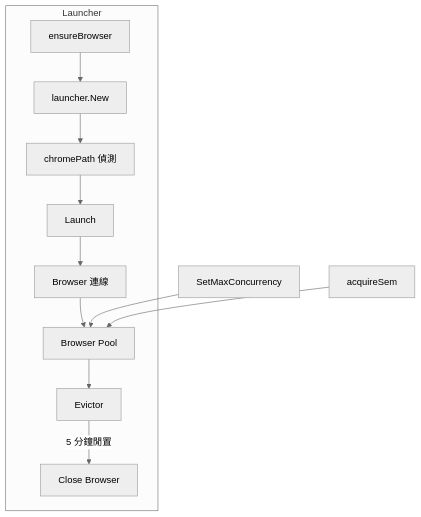
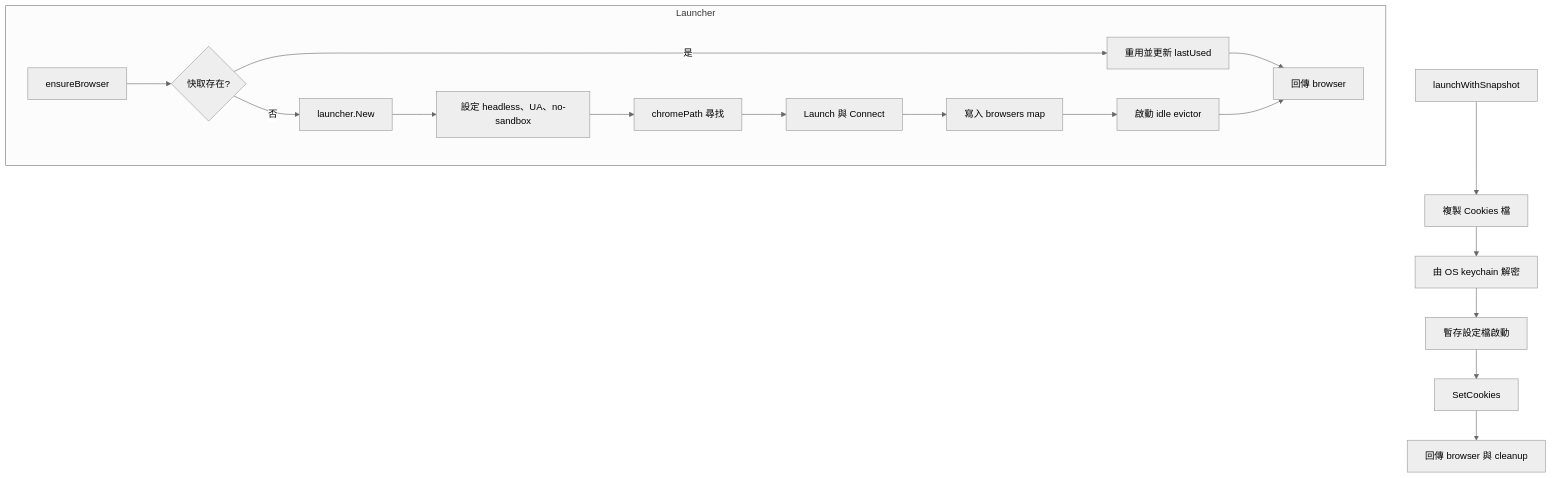
One commit to pardnchiu/go-browser changed the second of 7 diagrams in doc/architecture.zh.md. Above: the diagram before and after it, drawn with Mermaid (neutral theme). The commit also changed other lines of this file and 5 other files, not shown here.

````diff
--- a/doc/architecture.zh.md
+++ b/doc/architecture.zh.md
@@ -24,14 +25,20 @@
 ```mermaid
 graph TB
     subgraph Launcher
-        A[ensureBrowser] --> B[launcher.New]
-        B --> C[chromePath 偵測]
-        C --> D[Launch]
-        D --> E[Browser 連線]
-        E --> F[Browser Pool]
-        F --> G[Evictor]
-        G -->|5 分鐘閒置| H[Close Browser]
+        A[ensureBrowser] --> B{快取存在?}
+        B -->|是| C[重用並更新 lastUsed]
+        B -->|否| D[launcher.New]
+        D --> E[設定 headless、UA、no-sandbox]
+        E --> F[chromePath 尋找]
+        F --> G[Launch 與 Connect]
+        G --> H[寫入 browsers map]
+        H --> I[啟動 idle evictor]
+        C --> J[回傳 browser]
+        I --> J
     end
-    I[SetMaxConcurrency] --> F
-    J[acquireSem] --> F
+    K[launchWithSnapshot] --> L[複製 Cookies 檔]
+    L --> M[由 OS keychain 解密]
+    M --> N[暫存設定檔啟動]
+    N --> O[SetCookies]
+    O --> P[回傳 browser 與 cleanup]
 ```
````
